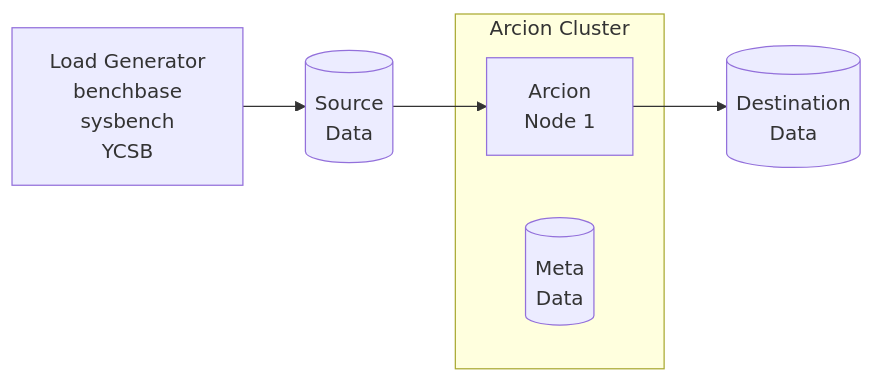
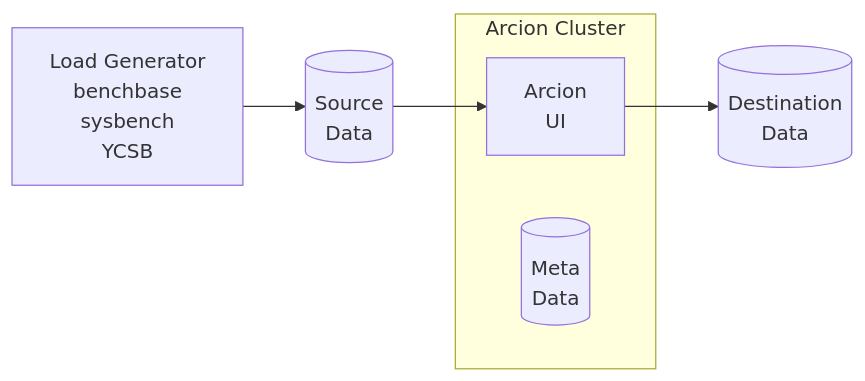
Before and after one commit to databricks/docker-dev: the diagram in README.md, drawn with Mermaid. The commit also changed other lines of this file, not shown here.

````diff
--- a/README.md
+++ b/README.md
@@ -9,10 +9,10 @@
 ```mermaid
 graph LR
     L[Load Generator<br>benchbase<br>sysbench<br>YCSB] --> S
     subgraph Arcion Cluster
         A1
         M[(Meta <br>Data)]
     end
-    S[(Source <br>Data)] --> A1[Arcion <br> Node 1]
+    S[(Source <br>Data)] --> A1[Arcion <br> UI]
     A1 --> T[(Destination<br>Data)]
 ```
````
